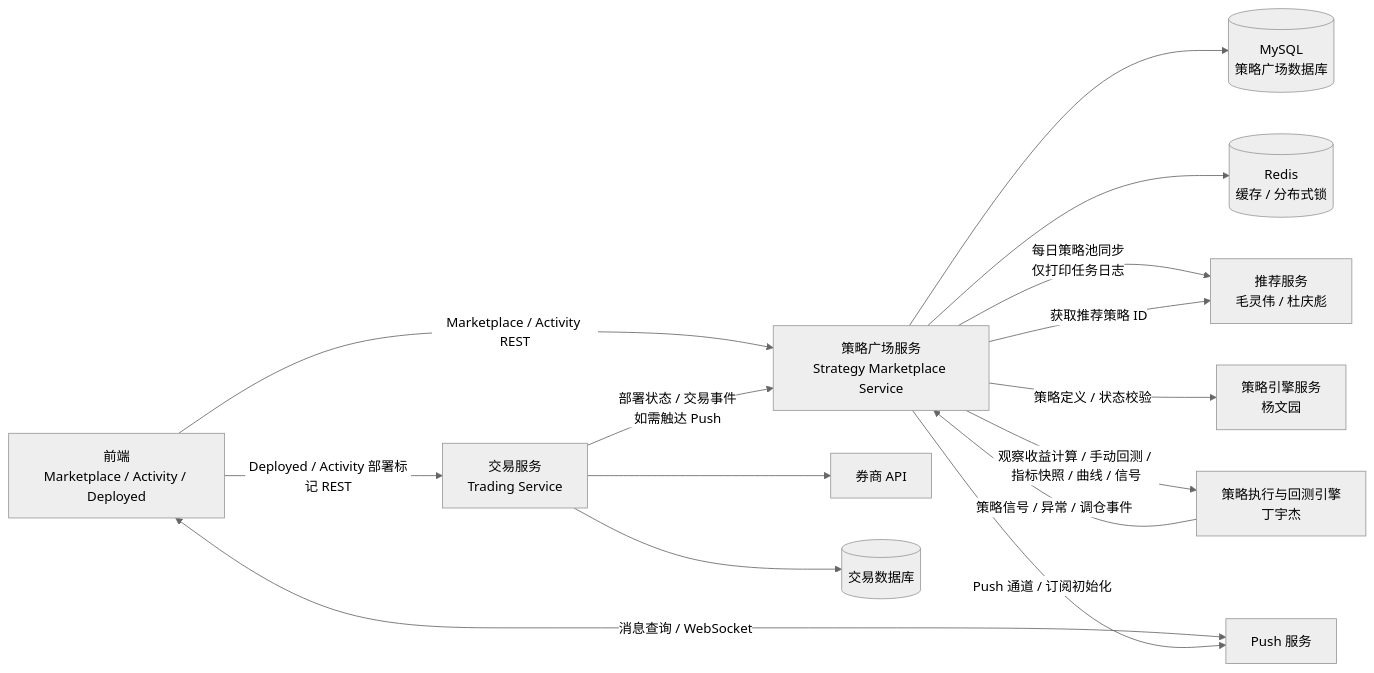
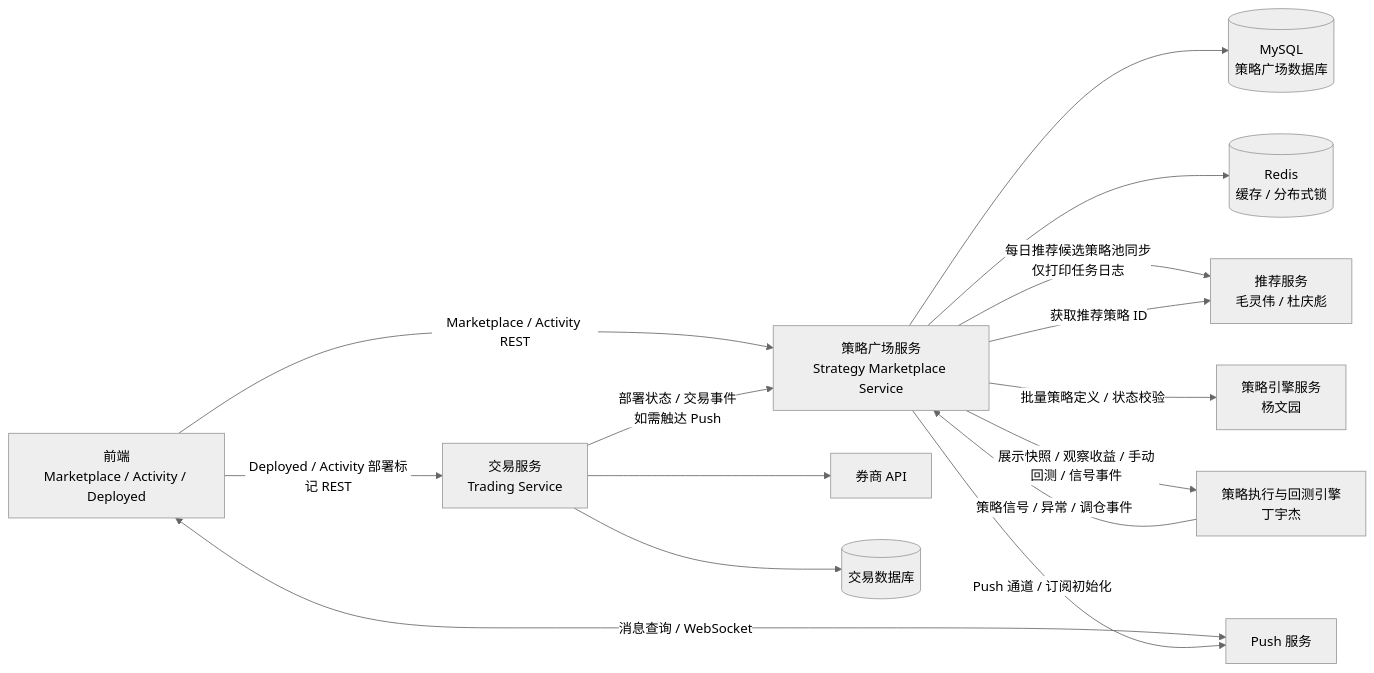
One commit to hongqnet/quantitative-strategy changed the first of 10 diagrams in doc/strategy-marketplace-phase1-technical-architecture.md. Above: the diagram before and after it, drawn with Mermaid (neutral theme). The commit also changed other lines of this file and 3 other files, not shown here.

````diff
--- a/doc/strategy-marketplace-phase1-technical-architecture.md
+++ b/doc/strategy-marketplace-phase1-technical-architecture.md
@@ -66,22 +67,22 @@
 ```mermaid
 flowchart LR
     FE[前端<br/>Marketplace / Activity / Deployed]
 
     FE -->|Marketplace / Activity REST| MKT[策略广场服务<br/>Strategy Marketplace Service]
     FE <-->|消息查询 / WebSocket| PUSH[Push 服务]
     FE -->|Deployed / Activity 部署标记 REST| TRD[交易服务<br/>Trading Service]
 
     MKT --> DB[(MySQL<br/>策略广场数据库)]
     MKT --> CACHE[(Redis<br/>缓存 / 分布式锁)]
-    MKT -->|每日策略池同步<br/>仅打印任务日志| REC[推荐服务<br/>毛灵伟 / 杜庆彪]
+    MKT -->|每日推荐候选策略池同步<br/>仅打印任务日志| REC[推荐服务<br/>毛灵伟 / 杜庆彪]
     MKT -->|获取推荐策略 ID| REC
-    MKT -->|策略定义 / 状态校验| ALG[策略引擎服务<br/>杨文园]
-    MKT -->|观察收益计算 / 手动回测 / 指标快照 / 曲线 / 信号| EXE[策略执行与回测引擎<br/>丁宇杰]
+    MKT -->|批量策略定义 / 状态校验| ALG[策略引擎服务<br/>杨文园]
+    MKT -->|展示快照 / 观察收益 / 手动回测 / 信号事件| EXE[策略执行与回测引擎<br/>丁宇杰]
     MKT -->|Push 通道 / 订阅初始化| PUSH
 
     EXE -->|策略信号 / 异常 / 调仓事件| MKT
     TRD -->|部署状态 / 交易事件<br/>如需触达 Push| MKT
 
     TRD --> BROKER[券商 API]
     TRD --> TRDDB[(交易数据库)]
 ```
````
